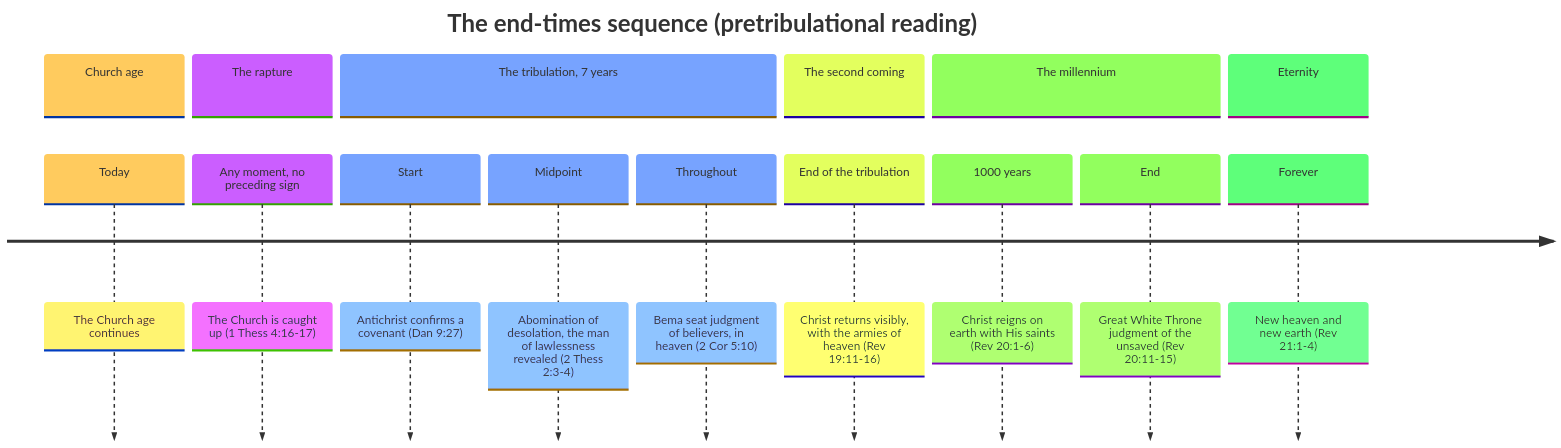
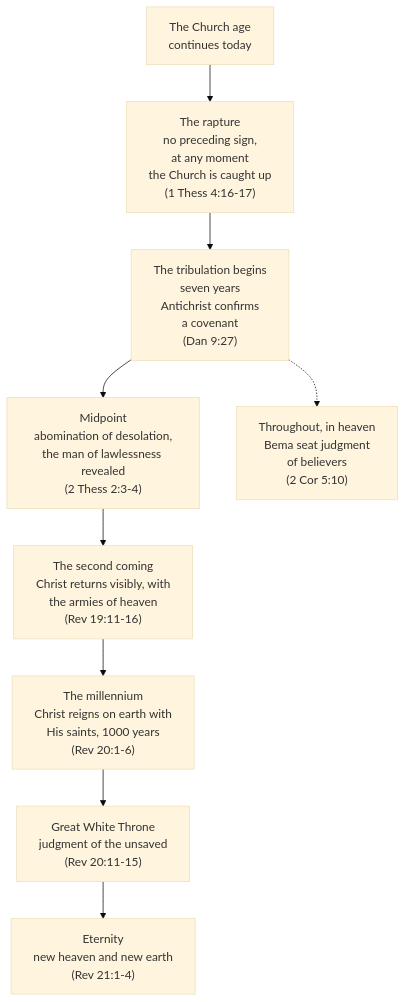
The first of 2 diagrams in docs/content/last-things/rapture.md (ding0t/bible_studies), drawn with Mermaid (base theme) before and after one commit. The commit also changed other lines of this file and 2 other files, not shown here.

First paragraph of the commit message:
fix(content): make the rapture end-times diagram legible
The first mermaid block on rapture.md was a 7-section `timeline`, and it failed
in both the ways timeline fails.

````diff
--- a/docs/content/last-things/rapture.md
+++ b/docs/content/last-things/rapture.md
@@ -75,19 +78,11 @@
 ```mermaid
-timeline
-    title The end-times sequence (pretribulational reading)
-    section Church age
-        Today : The Church age continues
-    section The rapture
-        Any moment, no preceding sign : The Church is caught up (1 Thess 4:16-17)
-    section The tribulation, 7 years
-        Start : Antichrist confirms a covenant (Dan 9:27)
-        Midpoint : Abomination of desolation, the man of lawlessness revealed (2 Thess 2:3-4)
-        Throughout : Bema seat judgment of believers, in heaven (2 Cor 5:10)
-    section The second coming
-        End of the tribulation : Christ returns visibly, with the armies of heaven (Rev 19:11-16)
-    section The millennium
-        1000 years : Christ reigns on earth with His saints (Rev 20:1-6)
-        End : Great White Throne judgment of the unsaved (Rev 20:11-15)
-    section Eternity
-        Forever : New heaven and new earth (Rev 21:1-4)
+flowchart TD
+    A["The Church age<br/>continues today"] --> B["The rapture<br/>no preceding sign,<br/>at any moment<br/>the Church is caught up<br/>(1 Thess 4:16-17)"]
+    B --> C["The tribulation begins<br/>seven years<br/>Antichrist confirms<br/>a covenant<br/>(Dan 9:27)"]
+    C --> D["Midpoint<br/>abomination of desolation,<br/>the man of lawlessness revealed<br/>(2 Thess 2:3-4)"]
+    D --> E["The second coming<br/>Christ returns visibly, with<br/>the armies of heaven<br/>(Rev 19:11-16)"]
+    E --> F["The millennium<br/>Christ reigns on earth with<br/>His saints, 1000 years<br/>(Rev 20:1-6)"]
+    F --> G["Great White Throne<br/>judgment of the unsaved<br/>(Rev 20:11-15)"]
+    G --> H["Eternity<br/>new heaven and new earth<br/>(Rev 21:1-4)"]
+    C -.-> X["Throughout, in heaven<br/>Bema seat judgment<br/>of believers<br/>(2 Cor 5:10)"]
 ```
````
